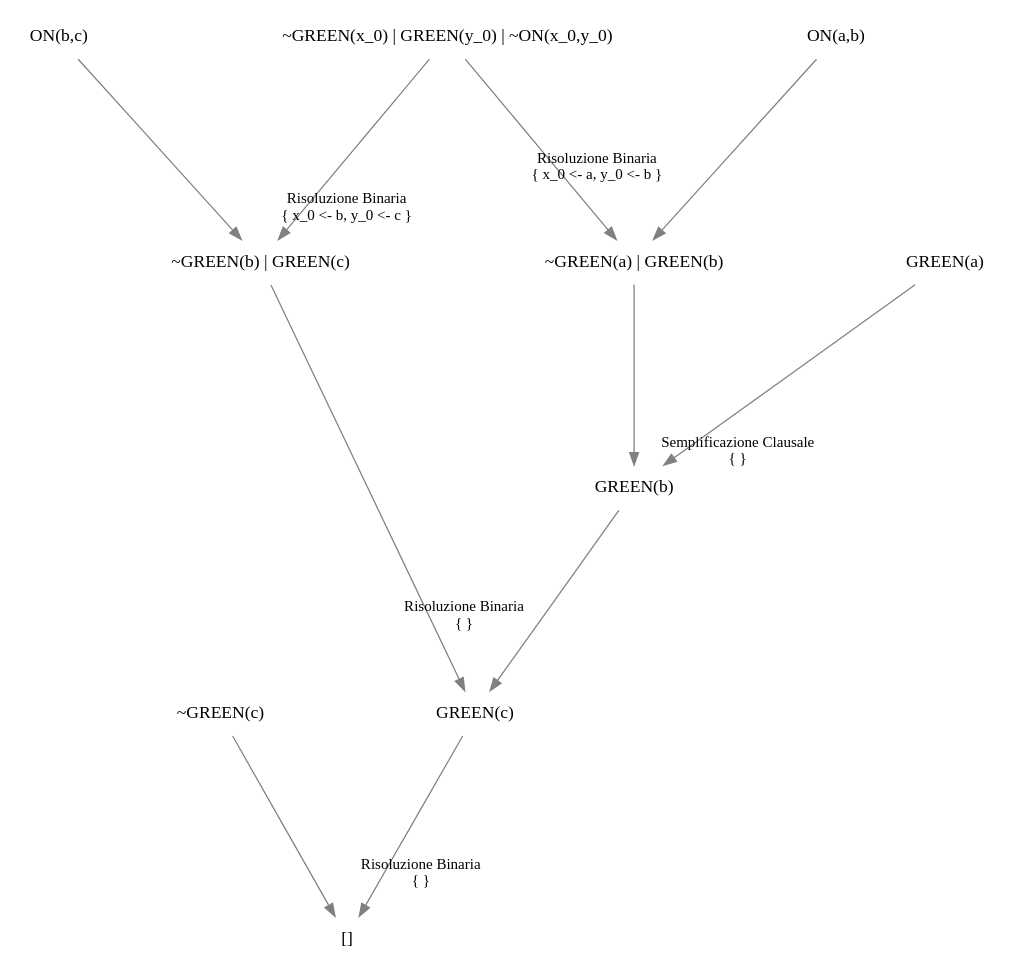
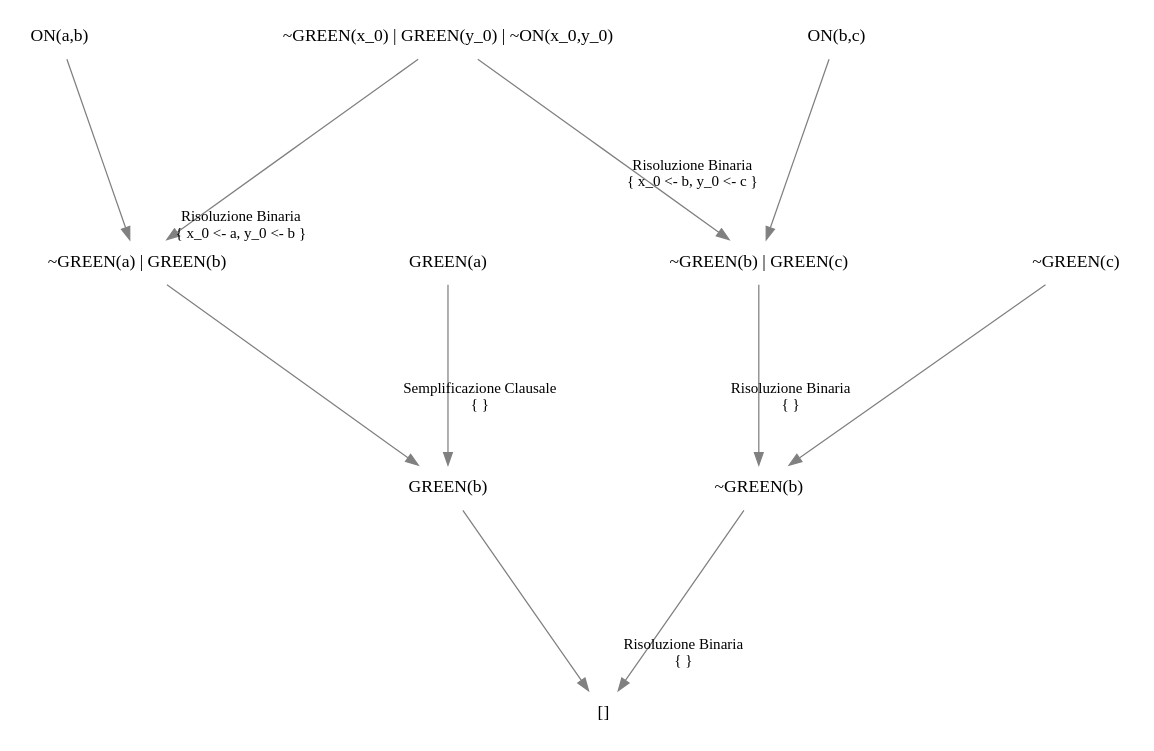
One commit to agottoli/Theory-Prover changed the diagram in Test.Ciclo.Clausola.Data/esempi.miei/blocks.dot. Above: the diagram before and after it, drawn with Graphviz. The commit also changed 12 other files, not shown here.

```diff
--- a/Test.Ciclo.Clausola.Data/esempi.miei/blocks.dot
+++ b/Test.Ciclo.Clausola.Data/esempi.miei/blocks.dot
@@ -1,15 +1,15 @@
 digraph {
 	nodesep="1.5"; ranksep=2;
 	node [shape=plaintext];
 	edge [color=gray];
-	"GREEN(c)" -> "[]" [labelfontcolor=black,labelfontsize="12",headlabel="Risoluzione Binaria\n{ }",labeldistance="6"];
-	"~GREEN(b) | GREEN(c)" -> "GREEN(c)" [labelfontcolor=black,labelfontsize="12",headlabel="Risoluzione Binaria\n{ }",labeldistance="6"];
+	"~GREEN(b)" -> "[]" [labelfontcolor=black,labelfontsize="12",headlabel="Risoluzione Binaria\n{ }",labeldistance="6"];
+	"~GREEN(b) | GREEN(c)" -> "~GREEN(b)" [labelfontcolor=black,labelfontsize="12",headlabel="Risoluzione Binaria\n{ }",labeldistance="6"];
 	"~GREEN(x_0) | GREEN(y_0) | ~ON(x_0,y_0)" -> "~GREEN(b) | GREEN(c)" [labelfontcolor=black,labelfontsize="12",headlabel="Risoluzione Binaria\n{ x_0 <- b, y_0 <- c }",labeldistance="6"];
 	"ON(b,c)" -> "~GREEN(b) | GREEN(c)" ;
-	"GREEN(b)" -> "GREEN(c)" ;
+	"~GREEN(c)" -> "~GREEN(b)" ;
+	"GREEN(b)" -> "[]" ;
 	"GREEN(a)" -> "GREEN(b)" [labelfontcolor=black,labelfontsize="12",headlabel="Semplificazione Clausale\n{ }",labeldistance="6"];
 	"~GREEN(a) | GREEN(b)" -> "GREEN(b)" ;
 	"~GREEN(x_0) | GREEN(y_0) | ~ON(x_0,y_0)" -> "~GREEN(a) | GREEN(b)" [labelfontcolor=black,labelfontsize="12",headlabel="Risoluzione Binaria\n{ x_0 <- a, y_0 <- b }",labeldistance="6"];
 	"ON(a,b)" -> "~GREEN(a) | GREEN(b)" ;
-	"~GREEN(c)" -> "[]" ;
 }
```
